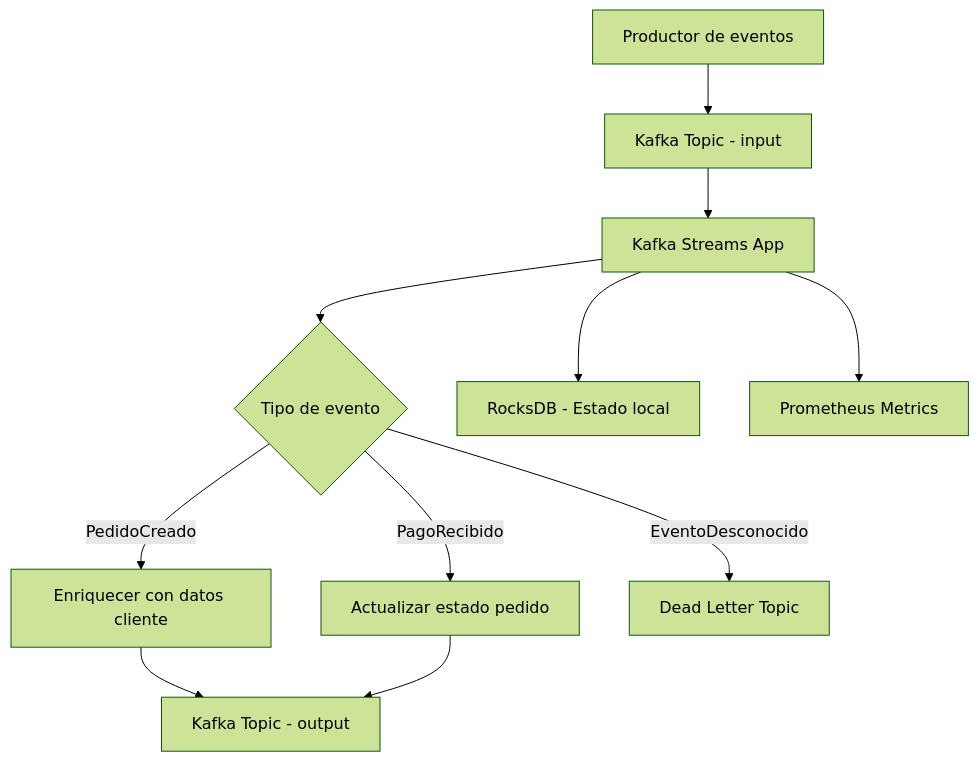
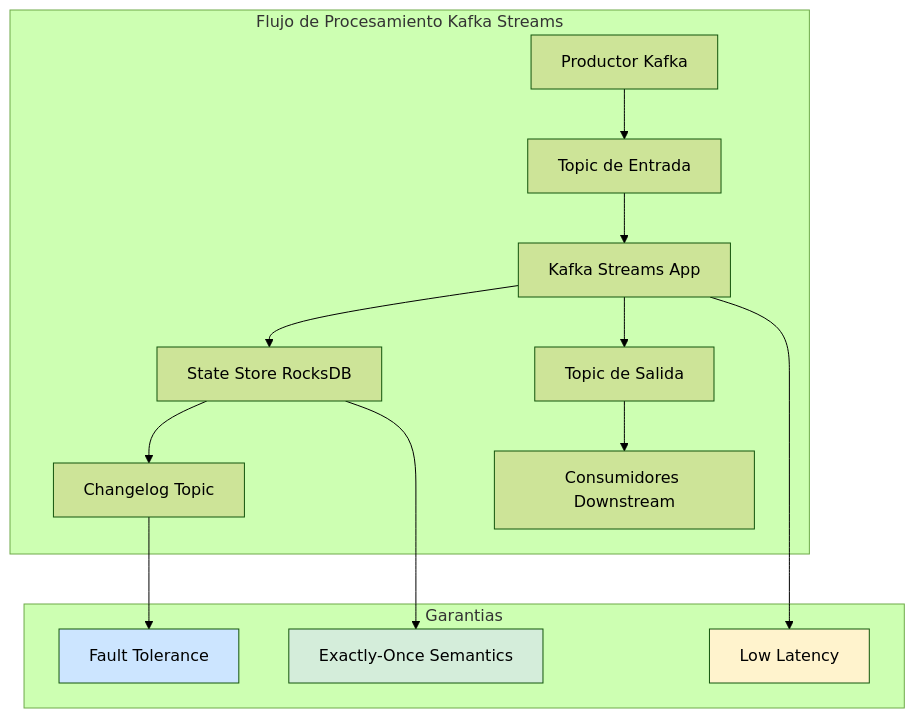
One commit to Joaquinriosheredia/DAM-Java-Mastery changed the first of 3 diagrams in 07_BigData_Streaming/apache_kafka_streams_con_java_21_STAFF.md. Above: the diagram before and after it, drawn with Mermaid (forest theme). The commit also changed other lines of this file, not shown here.

Commit message:
apache_kafka_streams_con_java_21_STAFF.md

````diff
--- a/07_BigData_Streaming/apache_kafka_streams_con_java_21_STAFF.md
+++ b/07_BigData_Streaming/apache_kafka_streams_con_java_21_STAFF.md
@@ -27,13 +73,21 @@
 ```mermaid
 graph TD
-    A[Productor de eventos] --> B[Kafka Topic - input]
-    B --> C[Kafka Streams App]
-    C --> D{Tipo de evento}
-    D -->|PedidoCreado| E[Enriquecer con datos cliente]
-    D -->|PagoRecibido| F[Actualizar estado pedido]
-    D -->|EventoDesconocido| G[Dead Letter Topic]
-    E --> H[Kafka Topic - output]
-    F --> H
-    C --> I[RocksDB - Estado local]
-    C --> J[Prometheus Metrics]
+    subgraph "Flujo de Procesamiento Kafka Streams"
+        PROD[Productor Kafka] --> TOPIC_IN[Topic de Entrada]
+        TOPIC_IN --> STREAMS[Kafka Streams App]
+        STREAMS --> STATE[State Store RocksDB]
+        STATE --> CHANGELOG[Changelog Topic]
+        STREAMS --> TOPIC_OUT[Topic de Salida]
+        TOPIC_OUT --> CONS[Consumidores Downstream]
+    end
+    
+    subgraph "Garantias"
+        STATE --> EXACT[Exactly-Once Semantics]
+        CHANGELOG --> FAULT[Fault Tolerance]
+        STREAMS --> LOW[Low Latency]
+    end
+    
+    style EXACT fill:#d4edda
+    style FAULT fill:#cce5ff
+    style LOW fill:#fff3cd
 ```
````
